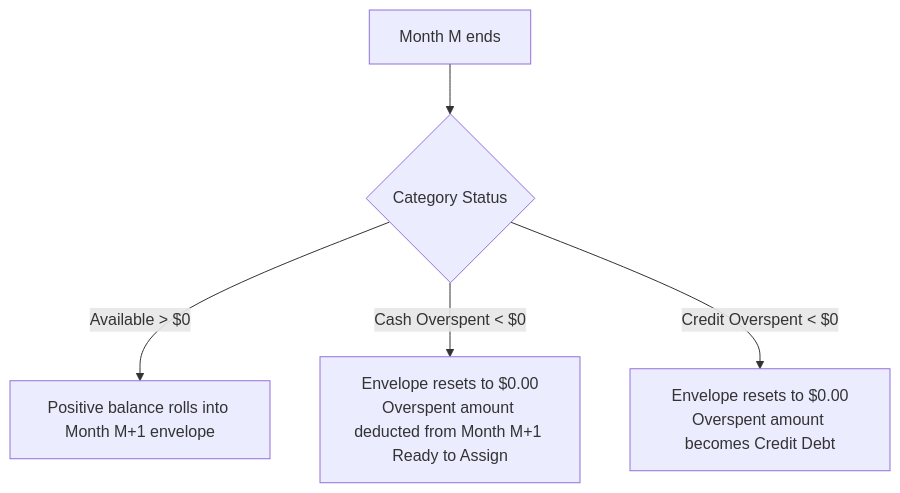
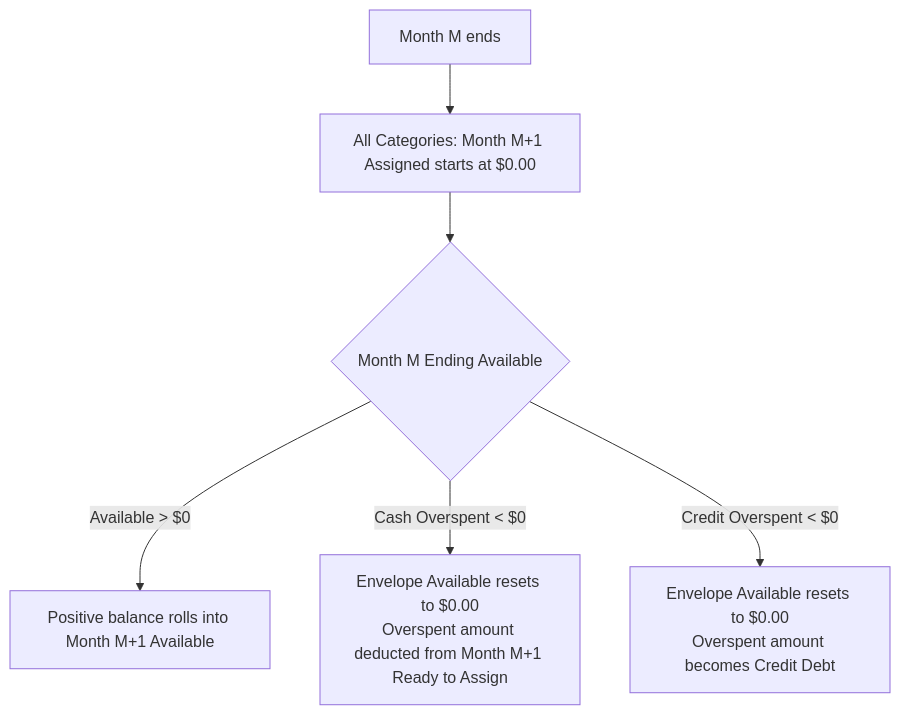
The second of 2 diagrams in docs/BEHAVIOR.md (hngvu/ynabx), drawn with Mermaid before and after one commit. The commit also changed other lines of this file and 1 other file, not shown here.

````diff
--- a/docs/BEHAVIOR.md
+++ b/docs/BEHAVIOR.md
@@ -254,7 +268,8 @@
 ```mermaid
 flowchart TD
-    EndM[Month M ends] --> CheckCat{Category Status}
-    CheckCat -->|Available > $0| RolloverPos[Positive balance rolls into Month M+1 envelope]
-    CheckCat -->|Cash Overspent < $0| RolloverCash[Envelope resets to $0.00<br/>Overspent amount deducted from Month M+1 Ready to Assign]
-    CheckCat -->|Credit Overspent < $0| RolloverCredit[Envelope resets to $0.00<br/>Overspent amount becomes Credit Debt]
+    EndM[Month M ends] --> ResetAssigned[All Categories: Month M+1 Assigned starts at $0.00]
+    ResetAssigned --> CheckCat{Month M Ending Available}
+    CheckCat -->|Available > $0| RolloverPos[Positive balance rolls into Month M+1 Available]
+    CheckCat -->|Cash Overspent < $0| RolloverCash[Envelope Available resets to $0.00<br/>Overspent amount deducted from Month M+1 Ready to Assign]
+    CheckCat -->|Credit Overspent < $0| RolloverCredit[Envelope Available resets to $0.00<br/>Overspent amount becomes Credit Debt]
 ```
````
